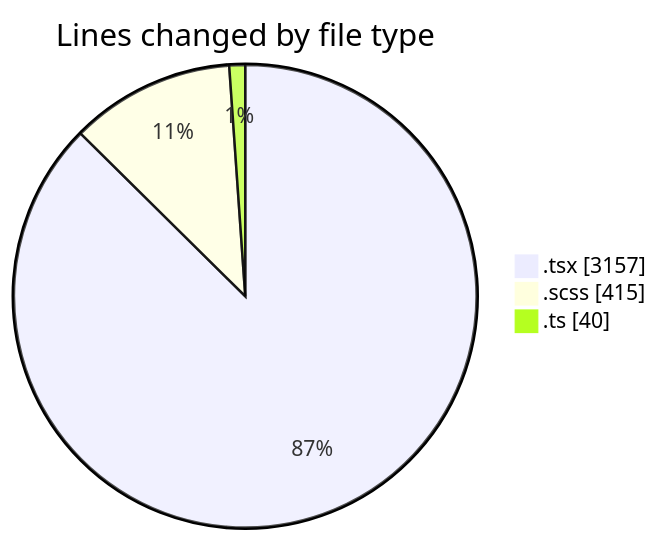
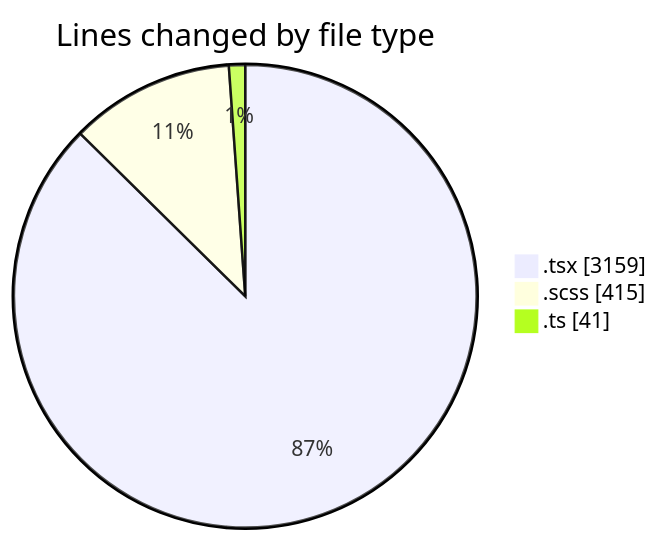
The first of 2 diagrams in 2025-04-04/cda/README.md (momahboobian/code-tracking), drawn with Mermaid before and after one commit. The commit also changed other lines of this file and 1 other file, not shown here.

````diff
--- a/2025-04-04/cda/README.md
+++ b/2025-04-04/cda/README.md
@@ -35,7 +35,7 @@
 ```mermaid
 pie showData
 title Lines changed by file type
-".tsx" : 3157
+".tsx" : 3159
 ".scss" : 415
-".ts" : 40
+".ts" : 41
 ```
````
